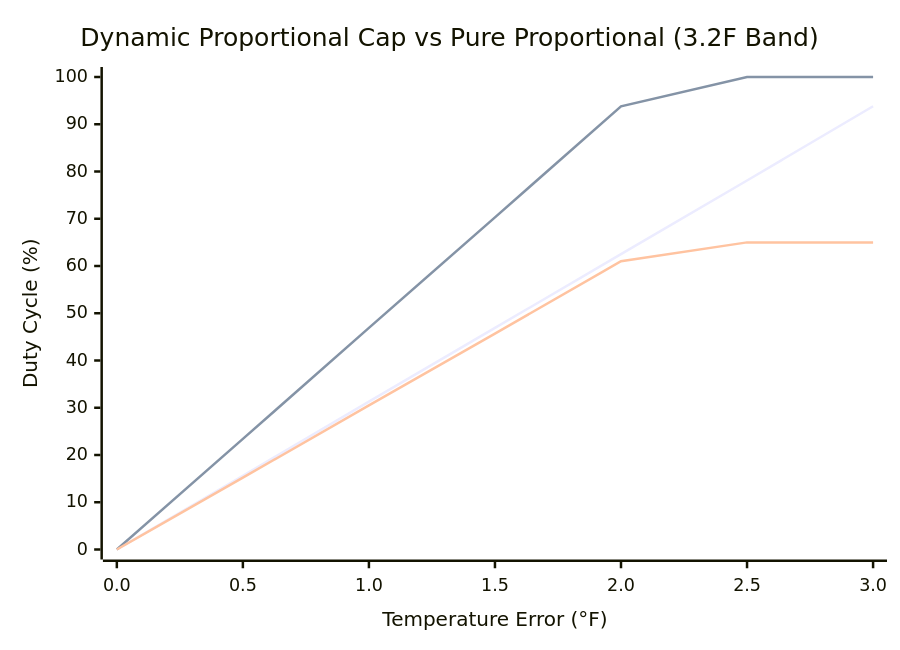
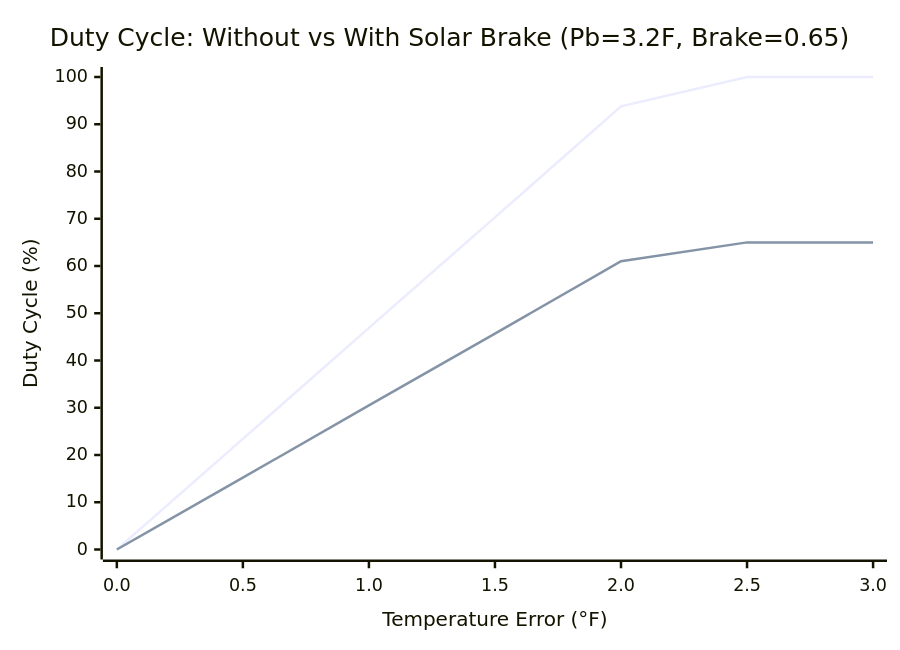
Before and after one commit to pcericm/thermal-invariant-engine: the diagram in README.md, drawn with Mermaid. The commit also changed other lines of this file, not shown here.

````diff
--- a/README.md
+++ b/README.md
@@ -276,9 +276,8 @@
 ```mermaid
 xychart-beta
-    title "Dynamic Proportional Cap vs Pure Proportional (3.2F Band)"
+    title "Duty Cycle: Without vs With Solar Brake (Pb=3.2F, Brake=0.65)"
     x-axis "Temperature Error (°F)" [0.0, 0.5, 1.0, 1.5, 2.0, 2.5, 3.0]
     y-axis "Duty Cycle (%)" 0 --> 100
-    line "Pure Proportional (Kp=31.25%)" [0, 15.6, 31.3, 46.9, 62.5, 78.1, 93.8]
-    line "Dynamic Cap (1.5x Kp)" [0, 23.4, 46.9, 70.3, 93.8, 100, 100]
-    line "Braked Cap (0.65x)" [0, 15.2, 30.5, 45.7, 61.0, 65.0, 65.0]
+    line "Without Brake" [0, 23.4, 46.9, 70.3, 93.8, 100, 100]
+    line "With Brake (0.65)" [0, 15.2, 30.5, 45.7, 61.0, 65.0, 65.0]
 ```
````
